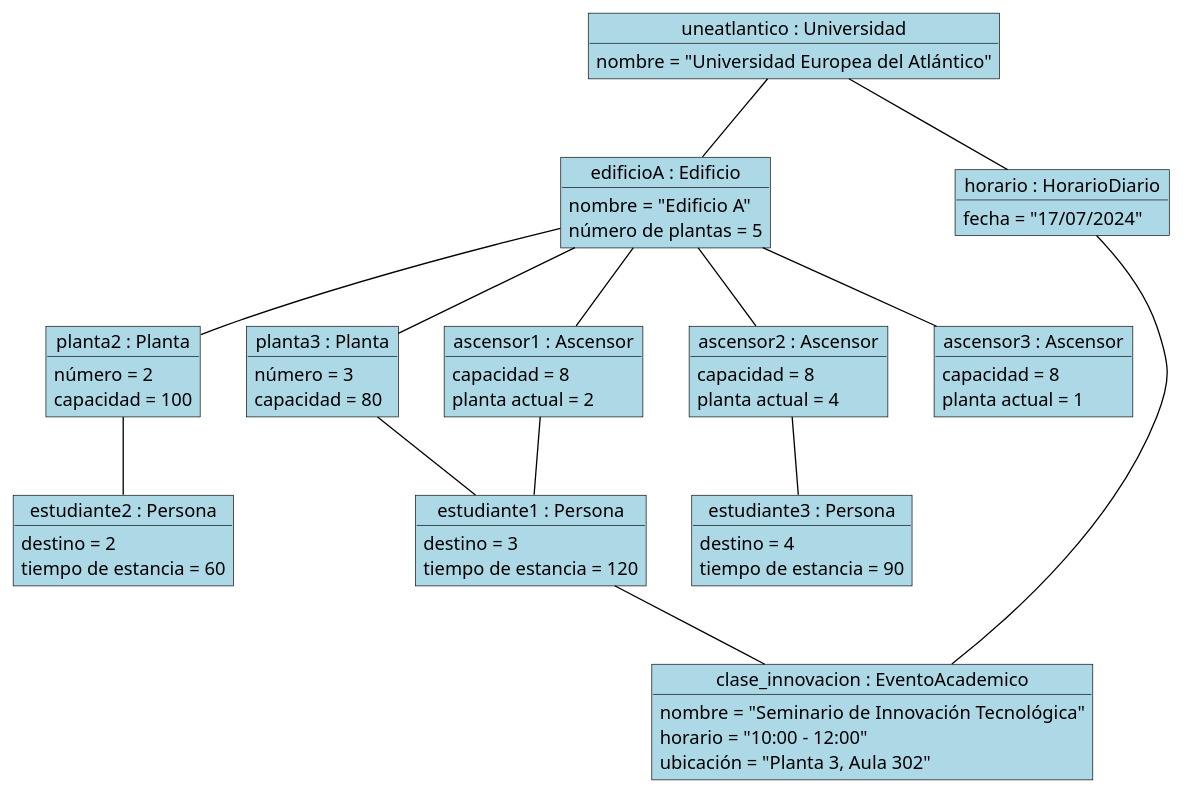
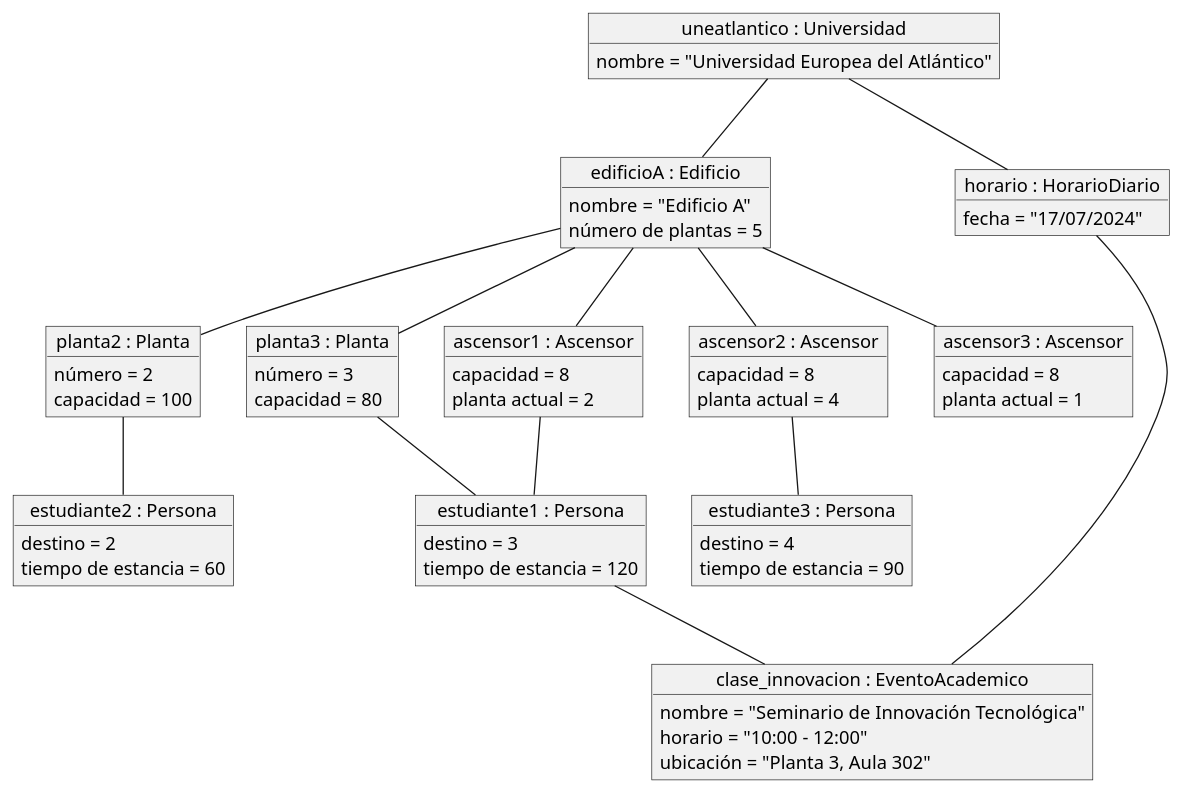
One commit to puntoReflex/pyAscensores changed the diagram in src/mdd/001-DdO.puml. Above: the diagram before and after it, drawn with PlantUML. The commit also changed 17 other files, not shown here.

First line of the commit message:
Actualización de modelos UML y documentación

```diff
--- a/src/mdd/001-DdO.puml
+++ b/src/mdd/001-DdO.puml
@@ -1,82 +1,77 @@
 @startuml
 
-skinparam object {
-    BackgroundColor LightBlue
-    BorderColor Black
-    ArrowColor Black
-}
 
 object "uneatlantico : Universidad" as uneatlantico {
     nombre = "Universidad Europea del Atlántico"
 }
 
 object "edificioA : Edificio" as edificioA {
     nombre = "Edificio A"
     número de plantas = 5
 }
 
 object "planta2 : Planta" as planta2 {
     número = 2
     capacidad = 100
 }
 
 object "planta3 : Planta" as planta3 {
     número = 3
     capacidad = 80
 }
 
 object "ascensor1 : Ascensor" as ascensor1 {
     capacidad = 8
     planta actual = 2
 }
 
 object "ascensor2 : Ascensor" as ascensor2 {
     capacidad = 8
     planta actual = 4
 }
 
 object "ascensor3 : Ascensor" as ascensor3 {
     capacidad = 8
     planta actual = 1
 }
 
 object "estudiante1 : Persona" as estudiante1 {
     destino = 3
     tiempo de estancia = 120
 }
 
 object "estudiante2 : Persona" as estudiante2 {
     destino = 2
     tiempo de estancia = 60
 }
 
 object "estudiante3 : Persona" as estudiante3 {
     destino = 4
     tiempo de estancia = 90
 }
 
 object "horario : HorarioDiario" as horario {
     fecha = "17/07/2024"
 }
 
 object "clase_innovacion : EventoAcademico" as clase_innovacion {
     nombre = "Seminario de Innovación Tecnológica"
     horario = "10:00 - 12:00"
     ubicación = "Planta 3, Aula 302"
 }
 
 uneatlantico -- edificioA
 edificioA -- planta2
 edificioA -- planta3
 edificioA -- ascensor1
 edificioA -- ascensor2
 edificioA -- ascensor3
 planta2 -- estudiante2
 planta3 -- estudiante1
 ascensor1 -- estudiante1
 ascensor2 -- estudiante3
 uneatlantico -- horario
 horario -- clase_innovacion
 estudiante1 -- clase_innovacion
 
 @enduml
```
